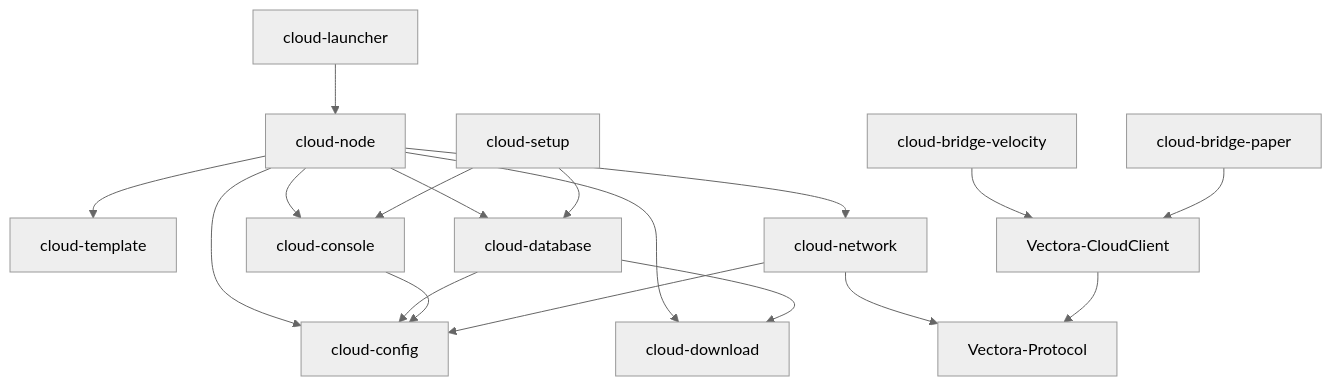
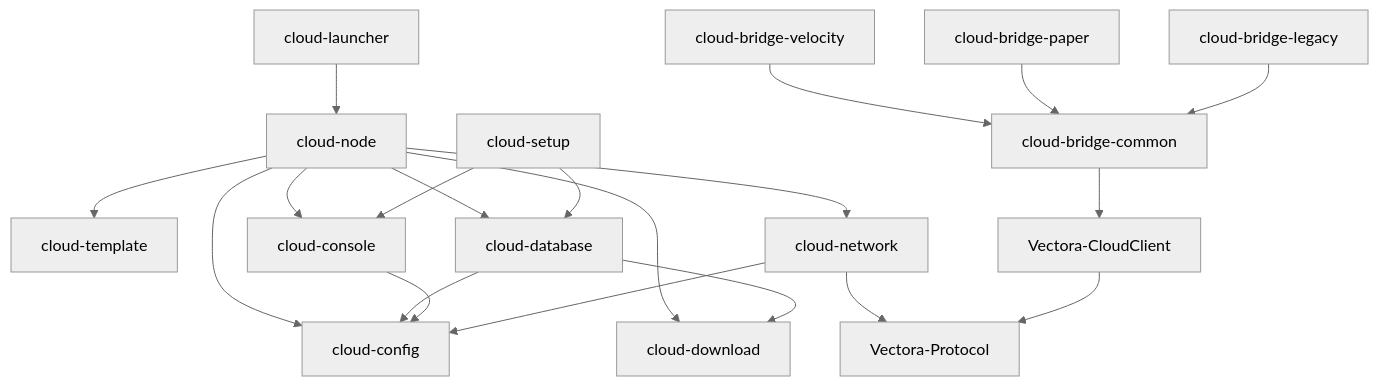
The diagram in docs/cloud/architecture.md (VectoDE/VectolynCloud), drawn with Mermaid (neutral theme) before and after one commit. The commit also changed other lines of this file and 82 other files, not shown here.

First line of the commit message:
feat(bridges): Velocity, Paper and legacy bridges with BungeeGuard check (#42)

````diff
--- a/docs/cloud/architecture.md
+++ b/docs/cloud/architecture.md
@@ -33,20 +35,22 @@
 ```mermaid
 graph TD
     launcher[cloud-launcher] --> node[cloud-node]
     node --> config[cloud-config]
     node --> template[cloud-template]
     node --> download[cloud-download]
     node --> network[cloud-network]
     node --> database[cloud-database]
     node --> console[cloud-console]
     database --> config
     console[cloud-console] --> config
     setup[cloud-setup] --> console
     setup --> database
     database --> download
     network --> config
     network --> protocol[Vectora-Protocol]
     client[Vectora-CloudClient] --> protocol
-    bvel[cloud-bridge-velocity] --> client
-    bpap[cloud-bridge-paper] --> client
+    bcom[cloud-bridge-common] --> client
+    bvel[cloud-bridge-velocity] --> bcom
+    bpap[cloud-bridge-paper] --> bcom
+    bleg[cloud-bridge-legacy] --> bcom
 ```
````
